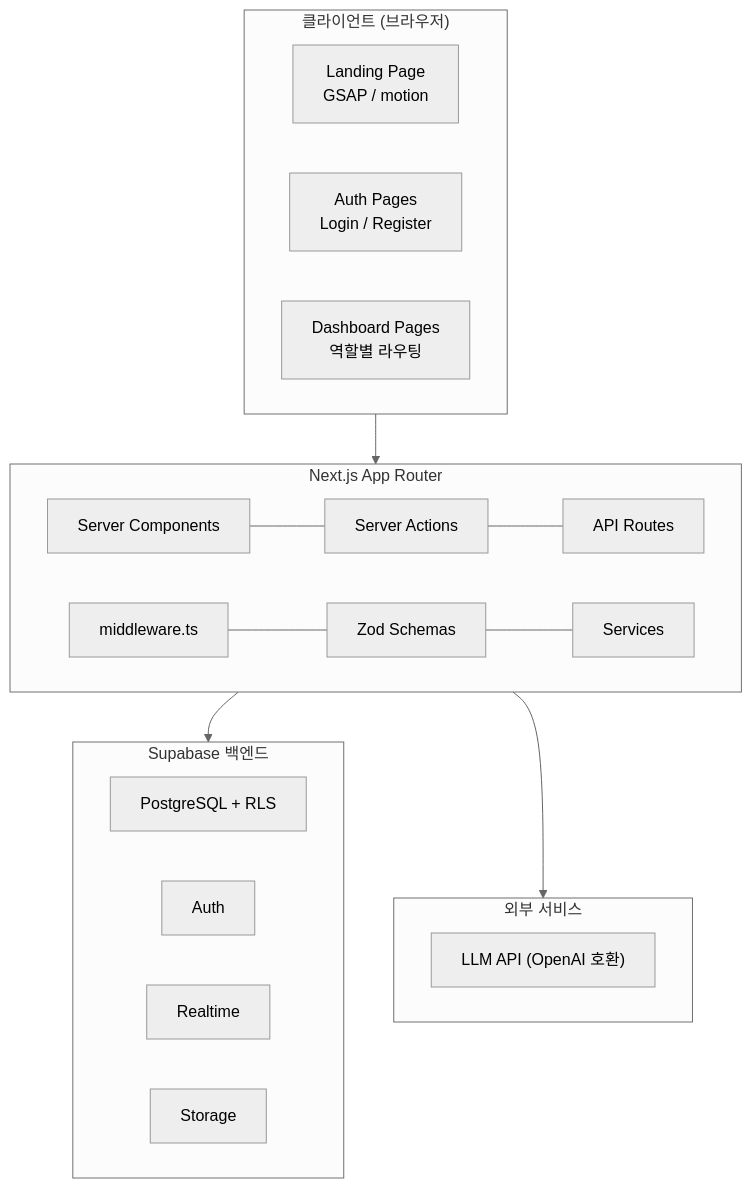
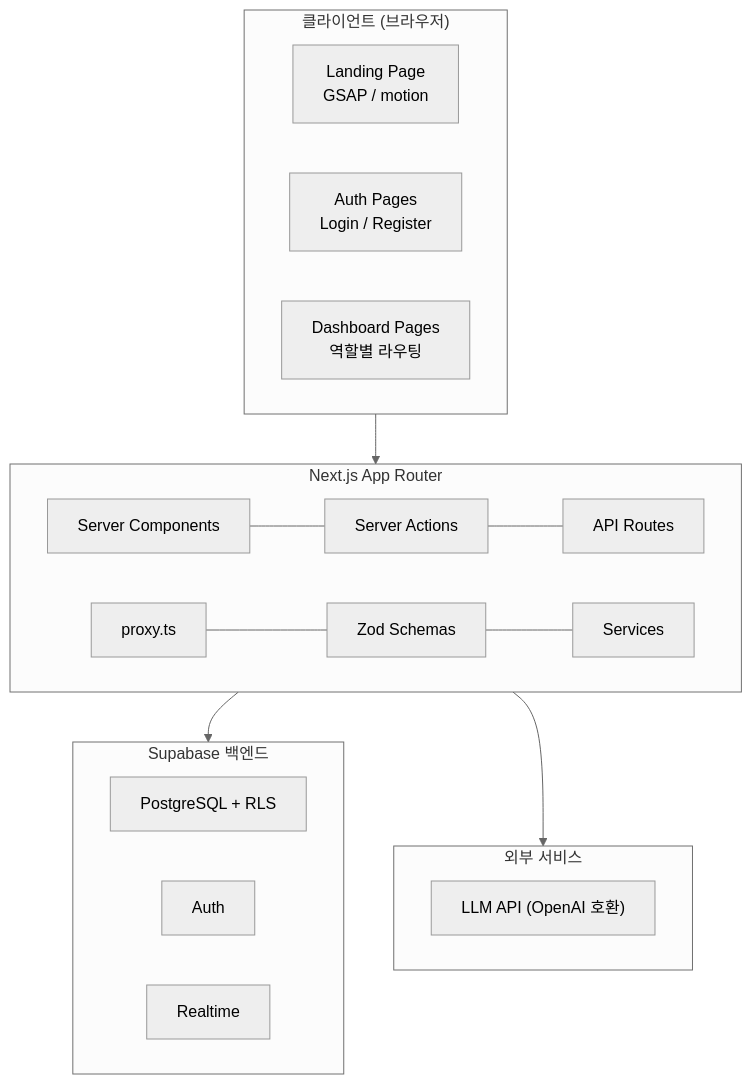
The third of 6 diagrams in README.md (BaekKyunShin/KPC-AX-Roadmap-Dashboard), drawn with Mermaid (neutral theme) before and after one commit. The commit also changed other lines of this file and 2 other files, not shown here.

````diff
--- a/README.md
+++ b/README.md
@@ -382,30 +381,29 @@
 ```mermaid
 flowchart TD
     subgraph CLIENT["클라이언트 (브라우저)"]
         L["Landing Page<br>GSAP / motion"]
         AU["Auth Pages<br>Login / Register"]
         DA["Dashboard Pages<br>역할별 라우팅"]
     end
 
     subgraph NEXT["Next.js App Router"]
         SC["Server Components"] --- SA["Server Actions"]
         SA --- AR["API Routes"]
-        MW["middleware.ts"] --- ZD["Zod Schemas"]
+        MW["proxy.ts"] --- ZD["Zod Schemas"]
         ZD --- SV["Services"]
     end
 
     subgraph SUPA["Supabase 백엔드"]
         PG["PostgreSQL + RLS"]
         ATH["Auth"]
         RT["Realtime"]
-        ST["Storage"]
     end
 
     subgraph EXT["외부 서비스"]
         LLM["LLM API (OpenAI 호환)"]
     end
 
     CLIENT --> NEXT
     NEXT --> SUPA
     NEXT --> EXT
 ```
````
